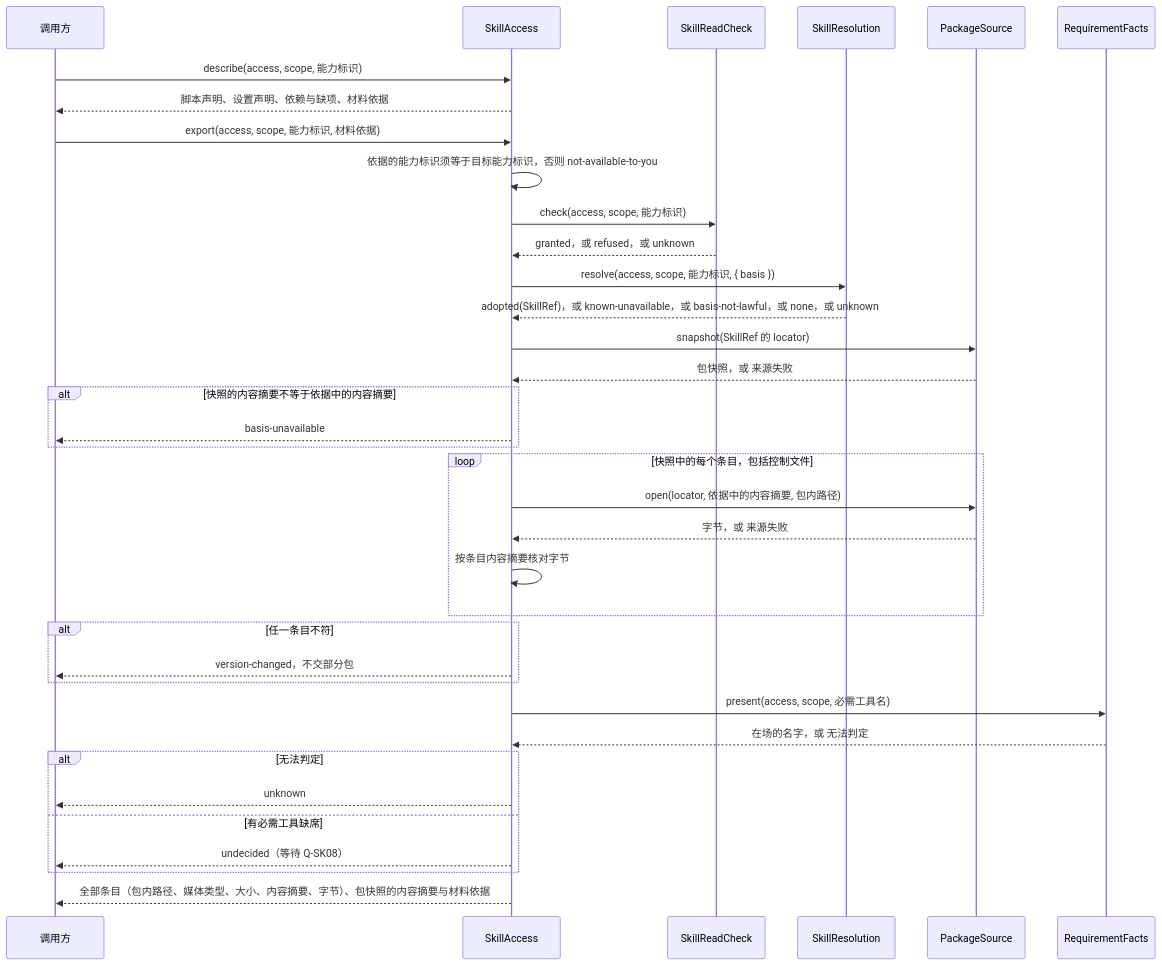
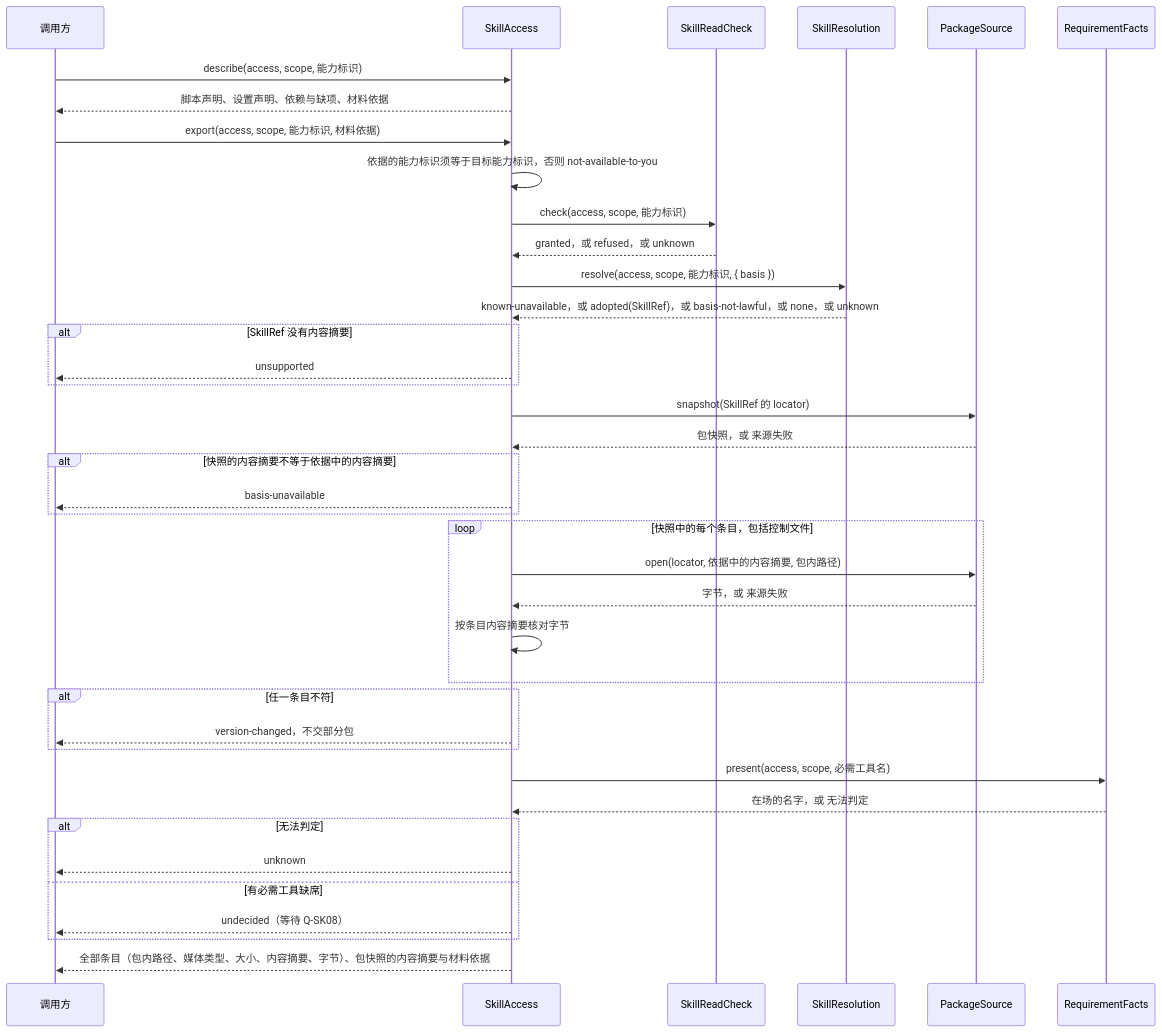
One commit to nemori-ai/omne-harness-lite changed the fourth of 4 diagrams in packages/skills/docs/key-flows.md. Above: the diagram before and after it, drawn with Mermaid. The commit also changed other lines of this file and 4 other files, not shown here.

````diff
--- a/packages/skills/docs/key-flows.md
+++ b/packages/skills/docs/key-flows.md
@@ -121,38 +172,41 @@
 ```mermaid
 sequenceDiagram
   participant C as 调用方
   participant A as SkillAccess
   participant E as SkillReadCheck
   participant V as SkillResolution
   participant S as PackageSource
   participant F as RequirementFacts
   C->>A: describe(access, scope, 能力标识)
   A-->>C: 脚本声明、设置声明、依赖与缺项、材料依据
   C->>A: export(access, scope, 能力标识, 材料依据)
   A->>A: 依据的能力标识须等于目标能力标识，否则 not-available-to-you
   A->>E: check(access, scope, 能力标识)
   E-->>A: granted，或 refused，或 unknown
   A->>V: resolve(access, scope, 能力标识, { basis })
-  V-->>A: adopted(SkillRef)，或 known-unavailable，或 basis-not-lawful，或 none，或 unknown
+  V-->>A: known-unavailable，或 adopted(SkillRef)，或 basis-not-lawful，或 none，或 unknown
+  alt SkillRef 没有内容摘要
+    A-->>C: unsupported
+  end
   A->>S: snapshot(SkillRef 的 locator)
   S-->>A: 包快照，或 来源失败
   alt 快照的内容摘要不等于依据中的内容摘要
     A-->>C: basis-unavailable
   end
   loop 快照中的每个条目，包括控制文件
     A->>S: open(locator, 依据中的内容摘要, 包内路径)
     S-->>A: 字节，或 来源失败
     A->>A: 按条目内容摘要核对字节
   end
   alt 任一条目不符
     A-->>C: version-changed，不交部分包
   end
   A->>F: present(access, scope, 必需工具名)
   F-->>A: 在场的名字，或 无法判定
   alt 无法判定
     A-->>C: unknown
   else 有必需工具缺席
     A-->>C: undecided（等待 Q-SK08）
   end
   A-->>C: 全部条目（包内路径、媒体类型、大小、内容摘要、字节）、包快照的内容摘要与材料依据
 ```
````
